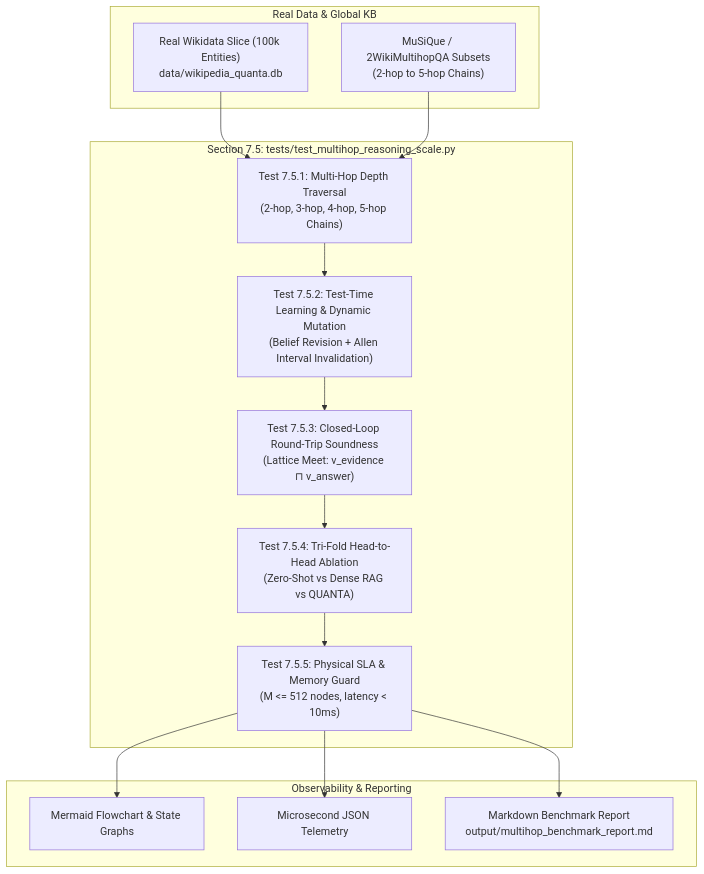
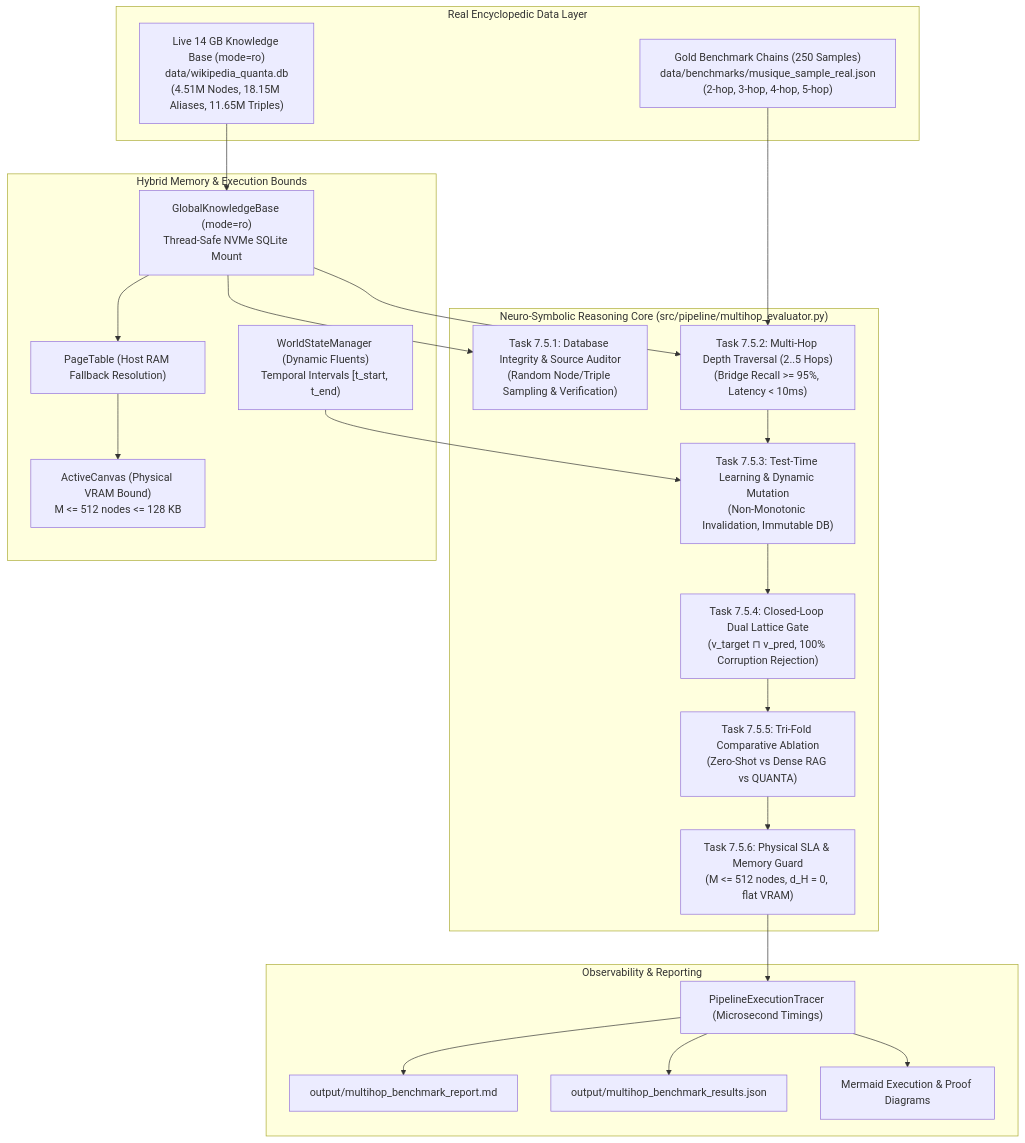
One commit to Borisz42/Quanta changed the diagram in plan_section_7_5_multistep_reasoning.md. Above: the diagram before and after it, drawn with Mermaid. The commit also changed other lines of this file, not shown here.

First line of the commit message:
Expand Section 7.5 reasoning plan

````diff
--- a/plan_section_7_5_multistep_reasoning.md
+++ b/plan_section_7_5_multistep_reasoning.md
@@ -40,28 +66,46 @@
 ```mermaid
 flowchart TD
-    subgraph Data Layer ["Real Data & Global KB"]
-        D1["Real Wikidata Slice (100k Entities)<br/>data/wikipedia_quanta.db"]
-        D2["MuSiQue / 2WikiMultihopQA Subsets<br/>(2-hop to 5-hop Chains)"]
+    subgraph Data ["Real Encyclopedic Data Layer"]
+        DB["Live 14 GB Knowledge Base (mode=ro)<br/>data/wikipedia_quanta.db<br/>(4.51M Nodes, 18.15M Aliases, 11.65M Triples)"]
+        MQ["Gold Benchmark Chains (250 Samples)<br/>data/benchmarks/musique_sample_real.json<br/>(2-hop, 3-hop, 4-hop, 5-hop)"]
     end
 
-    subgraph Test Suite ["Section 7.5: tests/test_multihop_reasoning_scale.py"]
-        T1["Test 7.5.1: Multi-Hop Depth Traversal<br/>(2-hop, 3-hop, 4-hop, 5-hop Chains)"]
-        T2["Test 7.5.2: Test-Time Learning & Dynamic Mutation<br/>(Belief Revision + Allen Interval Invalidation)"]
-        T3["Test 7.5.3: Closed-Loop Round-Trip Soundness<br/>(Lattice Meet: v_evidence ⊓ v_answer)"]
-        T4["Test 7.5.4: Tri-Fold Head-to-Head Ablation<br/>(Zero-Shot vs Dense RAG vs QUANTA)"]
-        T5["Test 7.5.5: Physical SLA & Memory Guard<br/>(M <= 512 nodes, latency < 10ms)"]
+    subgraph Memory ["Hybrid Memory & Execution Bounds"]
+        GKB["GlobalKnowledgeBase (mode=ro)<br/>Thread-Safe NVMe SQLite Mount"]
+        PT["PageTable (Host RAM Fallback Resolution)"]
+        WSM["WorldStateManager (Dynamic Fluents)<br/>Temporal Intervals [t_start, t_end)"]
+        AC["ActiveCanvas (Physical VRAM Bound)<br/>M <= 512 nodes <= 128 KB"]
     end
 
-    subgraph Telemetry ["Observability & Reporting"]
-        R1["Mermaid Flowchart & State Graphs"]
-        R2["Microsecond JSON Telemetry"]
-        R3["Markdown Benchmark Report<br/>output/multihop_benchmark_report.md"]
+    subgraph Core ["Neuro-Symbolic Reasoning Core (src/pipeline/multihop_evaluator.py)"]
+        IA["Task 7.5.1: Database Integrity & Source Auditor<br/>(Random Node/Triple Sampling & Verification)"]
+        S1["Task 7.5.2: Multi-Hop Depth Traversal (2..5 Hops)<br/>(Bridge Recall >= 95%, Latency < 10ms)"]
+        S2["Task 7.5.3: Test-Time Learning & Dynamic Mutation<br/>(Non-Monotonic Invalidation, Immutable DB)"]
+        S3["Task 7.5.4: Closed-Loop Dual Lattice Gate<br/>(v_target ⊓ v_pred, 100% Corruption Rejection)"]
+        S4["Task 7.5.5: Tri-Fold Comparative Ablation<br/>(Zero-Shot vs Dense RAG vs QUANTA)"]
+        S5["Task 7.5.6: Physical SLA & Memory Guard<br/>(M <= 512 nodes, d_H = 0, flat VRAM)"]
     end
 
-    D1 --> T1
-    D2 --> T1
-    T1 --> T2 --> T3 --> T4 --> T5
-    T5 --> R1
-    T5 --> R2
-    T5 --> R3
+    subgraph Output ["Observability & Reporting"]
+        TR["PipelineExecutionTracer (Microsecond Timings)"]
+        MD["output/multihop_benchmark_report.md"]
+        JSON["output/multihop_benchmark_results.json"]
+        MMD["Mermaid Execution & Proof Diagrams"]
+    end
+
+    DB --> GKB
+    MQ --> S1
+    GKB --> PT
+    PT --> AC
+    WSM --> S2
+    GKB --> IA
+    GKB --> S1
+    S1 --> S2
+    S2 --> S3
+    S3 --> S4
+    S4 --> S5
+    S5 --> TR
+    TR --> MD
+    TR --> JSON
+    TR --> MMD
 ```
````
